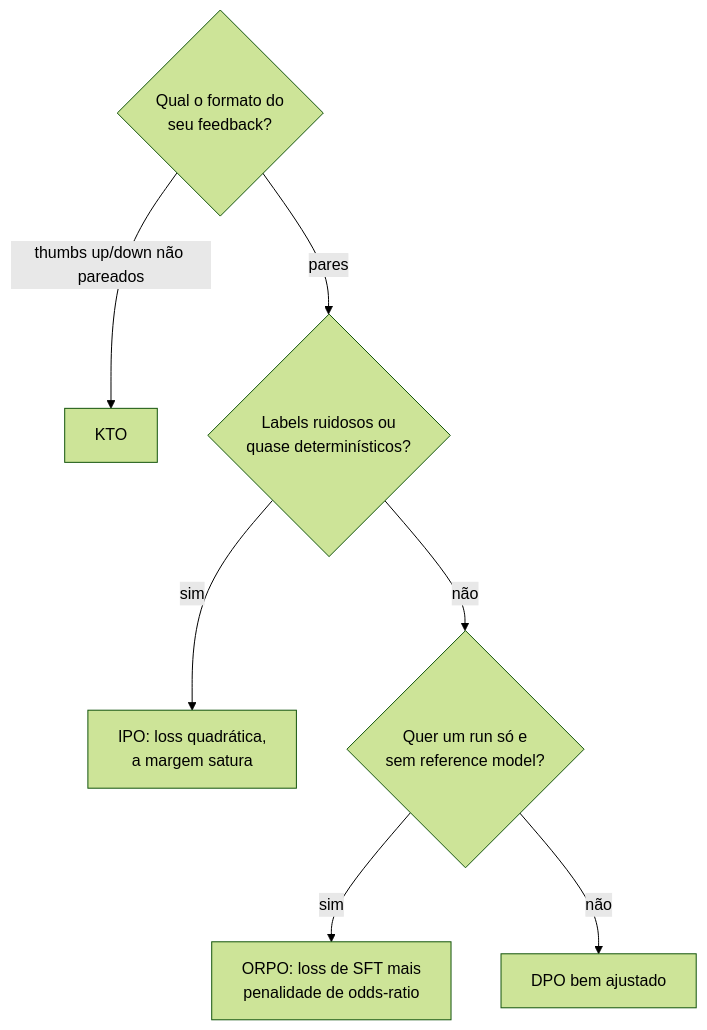
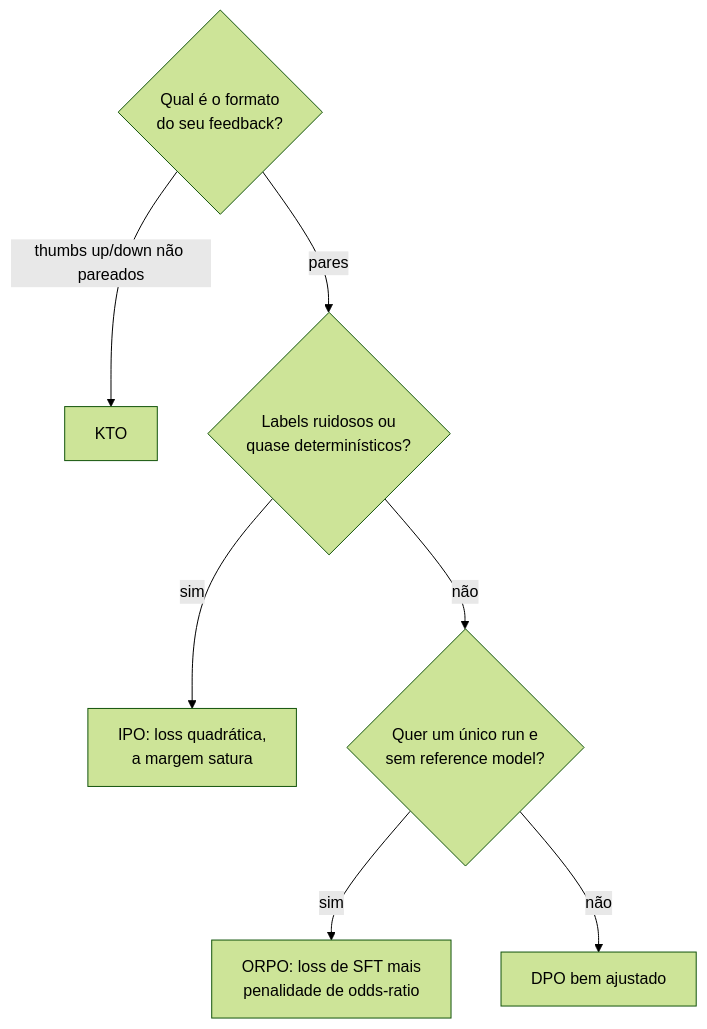
Diagram 15 of 29 in 05-fine-tuning-and-alignment/questions.pt-BR.md (andrevberaldo/AI-Engineer-Interview-Questions), drawn with Mermaid (forest theme) before and after one commit. The commit also changed other lines of this file and 1 other file, not shown here.

````diff
--- a/05-fine-tuning-and-alignment/questions.pt-BR.md
+++ b/05-fine-tuning-and-alignment/questions.pt-BR.md
@@ -658,9 +658,9 @@
 ```mermaid
 flowchart TD
-    A{"Qual o formato do<br/>seu feedback?"} -->|"thumbs up/down não pareados"| B["KTO"]
+    A{"Qual é o formato<br/>do seu feedback?"} -->|"thumbs up/down não pareados"| B["KTO"]
     A -->|"pares"| C{"Labels ruidosos ou<br/>quase determinísticos?"}
     C -->|"sim"| D["IPO: loss quadrática,<br/>a margem satura"]
-    C -->|"não"| E{"Quer um run só e<br/>sem reference model?"}
+    C -->|"não"| E{"Quer um único run e<br/>sem reference model?"}
     E -->|"sim"| F["ORPO: loss de SFT mais<br/>penalidade de odds-ratio"]
     E -->|"não"| G["DPO bem ajustado"]
 ```
````
